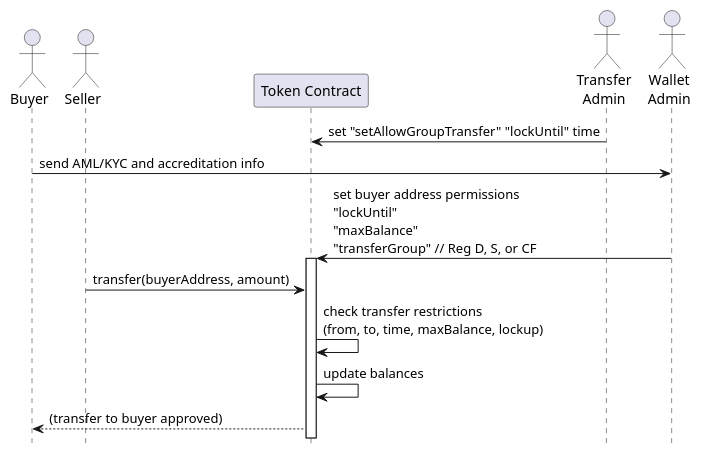
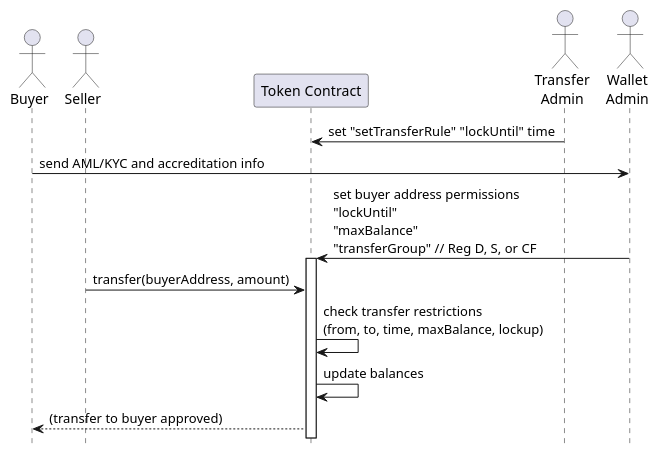
One commit to CoMakery/algorand-security-token changed the first of 2 diagrams in diagrams/diagrams.md. Above: the diagram before and after it, drawn with PlantUML. The commit also changed 11 other files, not shown here.

Commit message:
Rename setAllowGroupTransfer to "setTransferRule" to reduce compiled TEAL byte size

````diff
--- a/diagrams/diagrams.md
+++ b/diagrams/diagrams.md
@@ -1,19 +1,19 @@
 ```plantuml
 @startuml basic-issuance
 actor "Buyer" as Buyer
 actor "Seller" as Seller
 participant "Token Contract" as Token
 actor "Transfer\nAdmin" as TAdmin
 actor "Wallet\nAdmin" as WAdmin
 
-TAdmin -> Token: set "setAllowGroupTransfer" "lockUntil" time
+TAdmin -> Token: set "setTransferRule" "lockUntil" time
 Buyer -> WAdmin: send AML/KYC and accreditation info
 WAdmin -> Token: set buyer address permissions\n"lockUntil"\n"maxBalance"\n"transferGroup" // Reg D, S, or CF
 activate Token
 Seller -> Token: transfer(buyerAddress, amount)
 Token -> Token: check transfer restrictions\n(from, to, time, maxBalance, lockup)
 Token -> Token: update balances
 Token --> Buyer: (transfer to buyer approved)
 hide footbox
 @enduml
 ```
````
